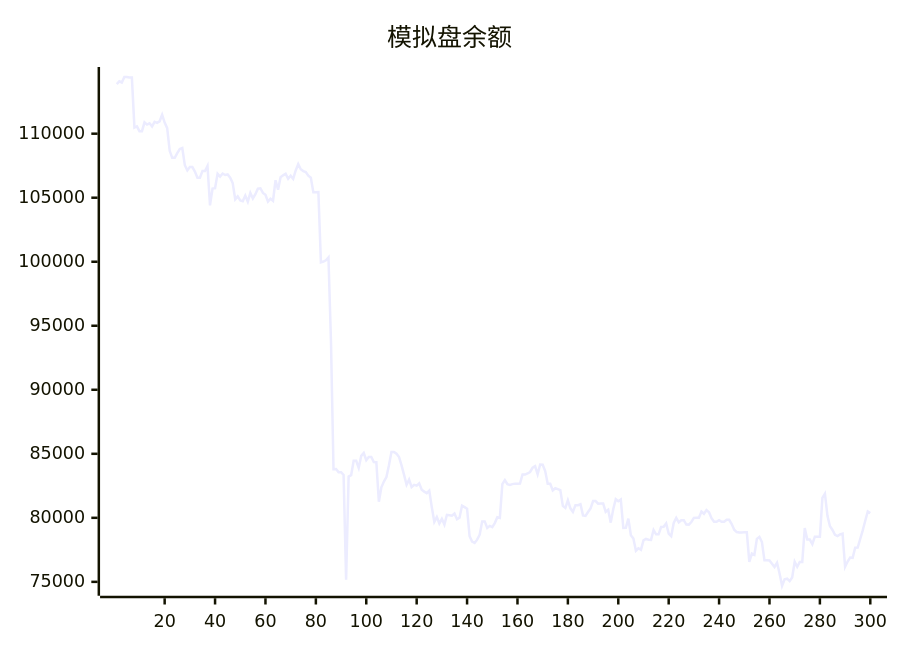
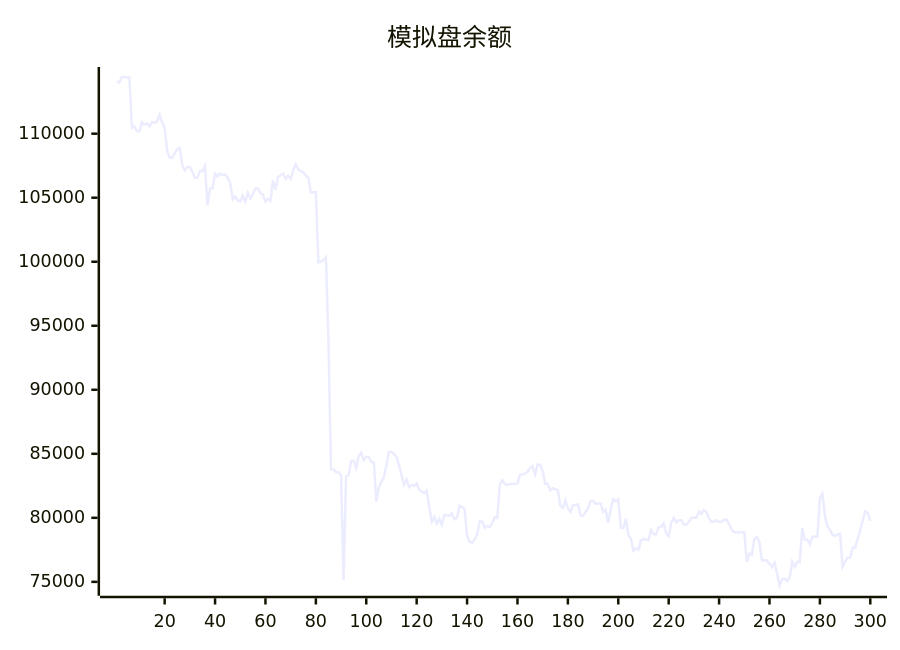
Before and after one commit to aahl/ai-trading: the diagram in README.md, drawn with Mermaid. The commit also changed other lines of this file and 1 other file, not shown here.

````diff
--- a/README.md
+++ b/README.md
@@ -5,5 +5,5 @@
 ```mermaid
 xychart
     title "模拟盘余额"
-    line [113877,114091,113998,114427,114422,114384,114384,110477,110576,110198,110198,110890,110712,110812,110569,110929,110847,110968,111478,110870,110433,108661,108116,108115,108485,108797,108877,107536,107134,107393,107393,107046,106565,106565,107081,107081,107478,104404,105715,105749,106866,106651,106889,106771,106816,106565,106141,104876,105103,104796,104734,105169,104690,105380,104941,105272,105709,105739,105374,105227,104691,104924,104762,106364,105628,106608,106748,106872,106485,106721,106468,107132,107620,107224,107080,107001,106717,106567,105431,105431,105440,99950,100017,100113,100337,93749,83795,83807,83567,83567,83342,75168,83222,83336,84448,84449,83896,84839,85065,84499,84757,84757,84364,84347,81254,82385,82835,83184,84099,85150,85150,85002,84751,84096,83356,82582,82983,82404,82572,82512,82688,82200,82047,81920,82125,80840,79688,80060,79552,79920,79470,80236,80208,80170,80336,79894,80006,80954,80837,80712,78561,78139,78037,78293,78682,79720,79720,79214,79372,79279,79591,80046,79993,82625,82950,82626,82571,82633,82670,82670,82681,83386,83378,83464,83579,83920,84037,83402,84160,84142,83652,82655,82655,82145,82315,82243,82163,80934,80770,81371,80742,80468,80989,80989,81067,80191,80155,80450,80737,81309,81309,81106,81119,81119,80471,80631,79624,80670,81448,81290,81429,79212,79222,79940,78643,78380,77432,77623,77504,78235,78358,78284,78277,79048,78714,78714,79290,79308,79567,78763,78563,79603,79988,79652,79813,79813,79476,79469,79673,79995,80015,80015,80486,80314,80600,80436,79966,79689,79689,79819,79692,79692,79850,79850,79518,79071,78889,78850,78850,78878,78878,76554,77202,77103,78357,78510,78106,76678,76677,76672,76411,76159,76485,75656,74695,75197,75246,75052,75334,76564,76179,76553,76551,79196,78300,78300,77944,78531,78531,78521,81564,81884,80160,79335,79055,78675,78580,78708,78764,76179,76586,76902,76876,77658,77669,78346,79023,79769,80497,80366]
+    line [114091,113998,114427,114422,114384,114384,110477,110576,110198,110198,110890,110712,110812,110569,110929,110847,110968,111478,110870,110433,108661,108116,108115,108485,108797,108877,107536,107134,107393,107393,107046,106565,106565,107081,107081,107478,104404,105715,105749,106866,106651,106889,106771,106816,106565,106141,104876,105103,104796,104734,105169,104690,105380,104941,105272,105709,105739,105374,105227,104691,104924,104762,106364,105628,106608,106748,106872,106485,106721,106468,107132,107620,107224,107080,107001,106717,106567,105431,105431,105440,99950,100017,100113,100337,93749,83795,83807,83567,83567,83342,75168,83222,83336,84448,84449,83896,84839,85065,84499,84757,84757,84364,84347,81254,82385,82835,83184,84099,85150,85150,85002,84751,84096,83356,82582,82983,82404,82572,82512,82688,82200,82047,81920,82125,80840,79688,80060,79552,79920,79470,80236,80208,80170,80336,79894,80006,80954,80837,80712,78561,78139,78037,78293,78682,79720,79720,79214,79372,79279,79591,80046,79993,82625,82950,82626,82571,82633,82670,82670,82681,83386,83378,83464,83579,83920,84037,83402,84160,84142,83652,82655,82655,82145,82315,82243,82163,80934,80770,81371,80742,80468,80989,80989,81067,80191,80155,80450,80737,81309,81309,81106,81119,81119,80471,80631,79624,80670,81448,81290,81429,79212,79222,79940,78643,78380,77432,77623,77504,78235,78358,78284,78277,79048,78714,78714,79290,79308,79567,78763,78563,79603,79988,79652,79813,79813,79476,79469,79673,79995,80015,80015,80486,80314,80600,80436,79966,79689,79689,79819,79692,79692,79850,79850,79518,79071,78889,78850,78850,78878,78878,76554,77202,77103,78357,78510,78106,76678,76677,76672,76411,76159,76485,75656,74695,75197,75246,75052,75334,76564,76179,76553,76551,79196,78300,78300,77944,78531,78531,78521,81564,81884,80160,79335,79055,78675,78580,78708,78764,76179,76586,76902,76876,77658,77669,78346,79023,79769,80497,80366,79761]
 ```
````
